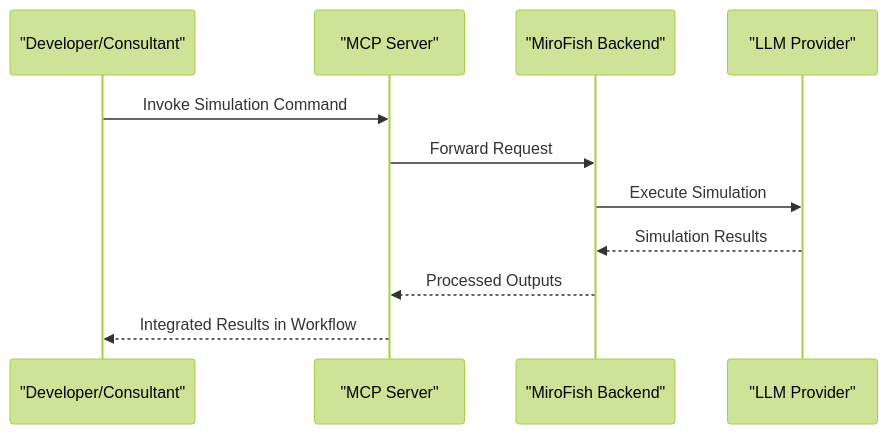
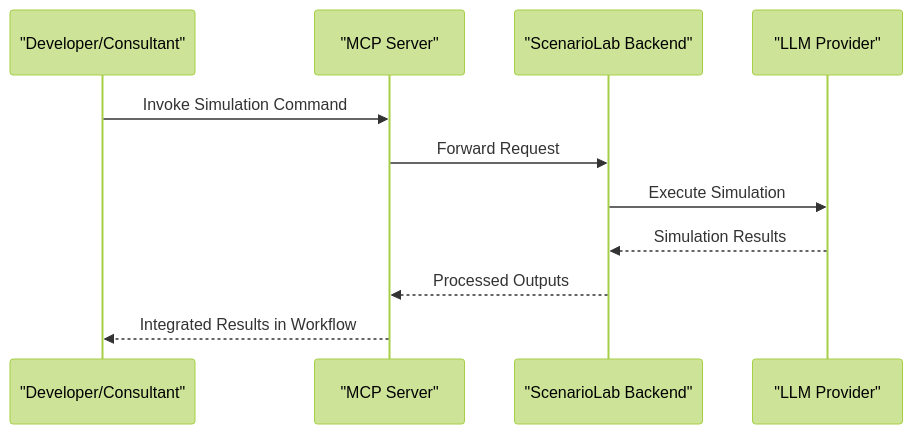
Before and after one commit to rish2jain/ScenarioLab: the sixth of 10 diagrams in .qoder/repowiki/en/content/Executive Summary.md, drawn with Mermaid (forest theme). The commit also changed other lines of this file and 54 other files, not shown here.

First line of the commit message:
chore: rename MiroFish → ScenarioLab across entire codebase

````diff
--- a/.qoder/repowiki/en/content/Executive Summary.md
+++ b/.qoder/repowiki/en/content/Executive Summary.md
@@ -191,13 +191,13 @@
 ```mermaid
 sequenceDiagram
 participant Dev as "Developer/Consultant"
 participant MCP as "MCP Server"
-participant API as "MiroFish Backend"
+participant API as "ScenarioLab Backend"
 participant LLM as "LLM Provider"
 Dev->>MCP : Invoke Simulation Command
 MCP->>API : Forward Request
 API->>LLM : Execute Simulation
 LLM-->>API : Simulation Results
 API-->>MCP : Processed Outputs
 MCP-->>Dev : Integrated Results in Workflow
 ```
````
